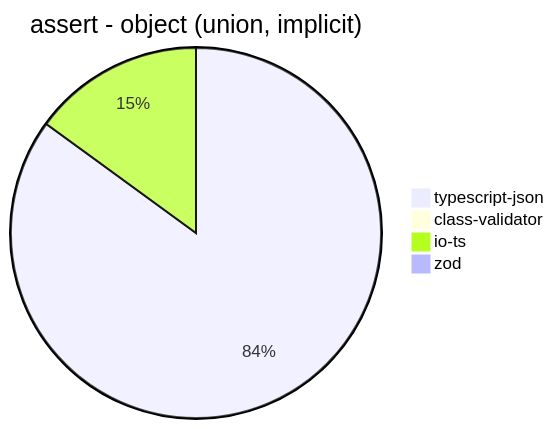
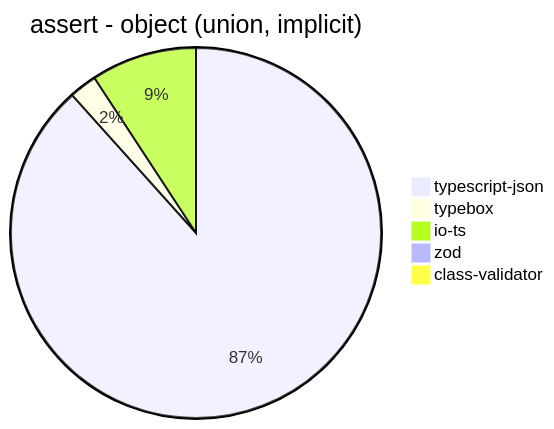
Before and after one commit to samchon/typia: diagram 12 of 39 in benchmark/results/AMD Ryzen 9 5900HX with Radeon Graphics.md, drawn with Mermaid. The commit also changed other lines of this file and 7 other files, not shown here.

````diff
--- a/benchmark/results/AMD Ryzen 9 5900HX with Radeon Graphics.md
+++ b/benchmark/results/AMD Ryzen 9 5900HX with Radeon Graphics.md
@@ -145,7 +156,8 @@
 ```mermaid
 pie title assert - object (union, implicit)
-  "typescript-json": 5295.319465081723
-  "class-validator": 19.47200898708107
-  "io-ts": 933.083511777302
-  "zod": 55.2423900789177
+  "typescript-json": 5663.749088256747
+  "typebox": 155.36924723510523
+  "io-ts": 591.4712940742108
+  "zod": 48.05706776797447
+  "class-validator": 18.075588825999635
 ```
````
